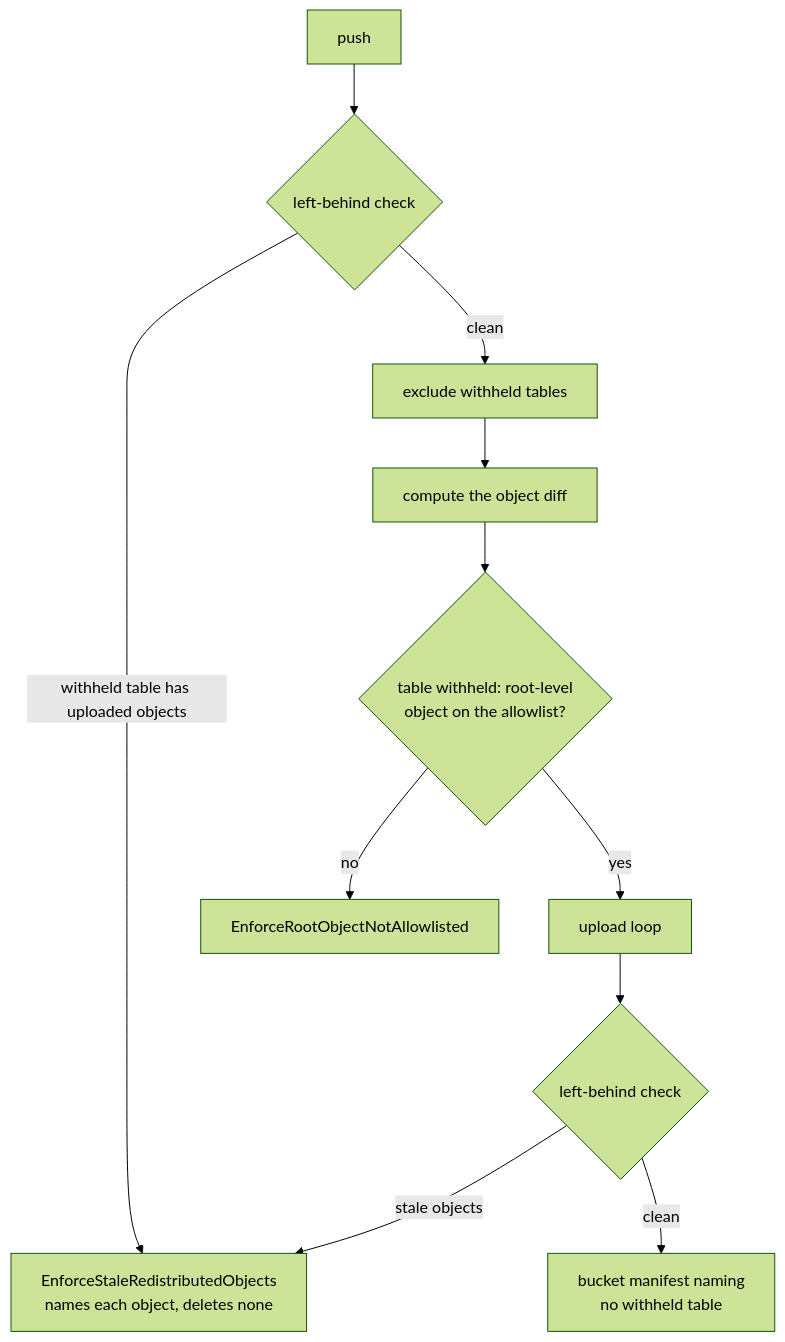
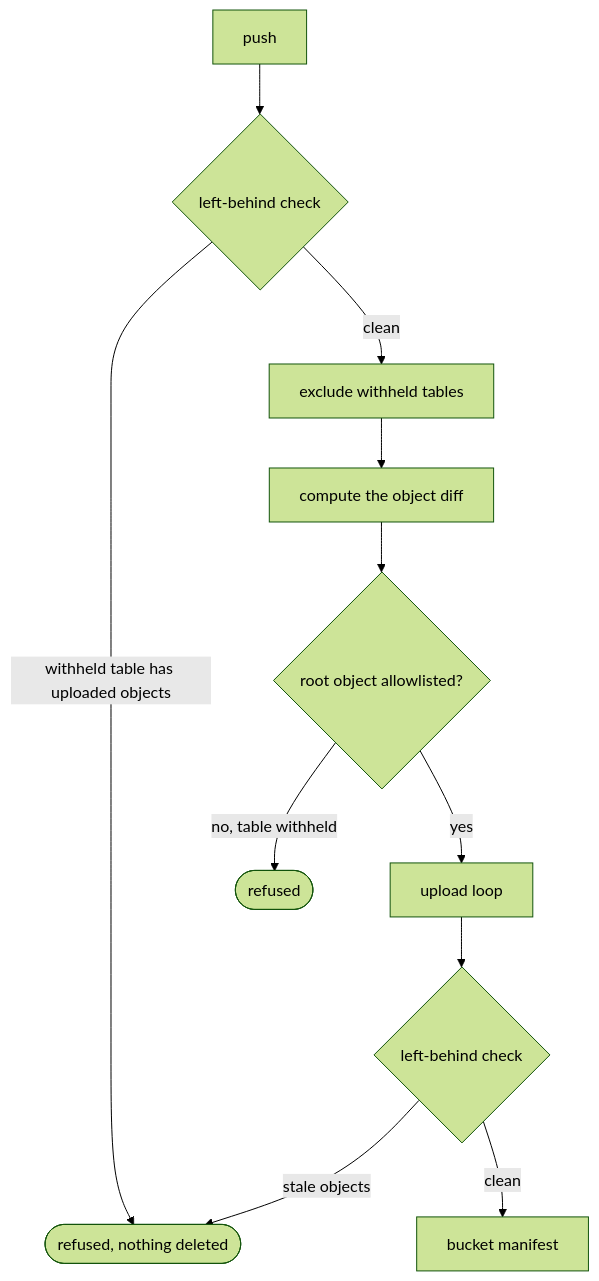
One commit to fractalboxdev/contextful changed the second of 4 diagrams in spec/51-enforcement.md. Above: the diagram before and after it, drawn with Mermaid (forest theme). The commit also changed other lines of this file and 24 other files, not shown here.

First line of the commit message:
spec: every flowchart draws one entity or process per node

````diff
--- a/spec/51-enforcement.md
+++ b/spec/51-enforcement.md
@@ -253,13 +250,13 @@
 ```mermaid
 flowchart TD
   P["push"] --> C1{"left-behind check"}
-  C1 -- "withheld table has uploaded objects" --> E1["EnforceStaleRedistributedObjects<br/>names each object, deletes none"]
+  C1 -- "withheld table has uploaded objects" --> E1(["refused, nothing deleted"])
   C1 -- clean --> X["exclude withheld tables"]
   X --> D["compute the object diff"]
-  D --> RA{"table withheld: root-level<br/>object on the allowlist?"}
-  RA -- no --> E2["EnforceRootObjectNotAllowlisted"]
+  D --> RA{"root object allowlisted?"}
+  RA -- "no, table withheld" --> E2(["refused"])
   RA -- yes --> U["upload loop"]
   U --> C2{"left-behind check"}
   C2 -- "stale objects" --> E1
-  C2 -- clean --> M["bucket manifest naming<br/>no withheld table"]
+  C2 -- clean --> M["bucket manifest"]
 ```
````
